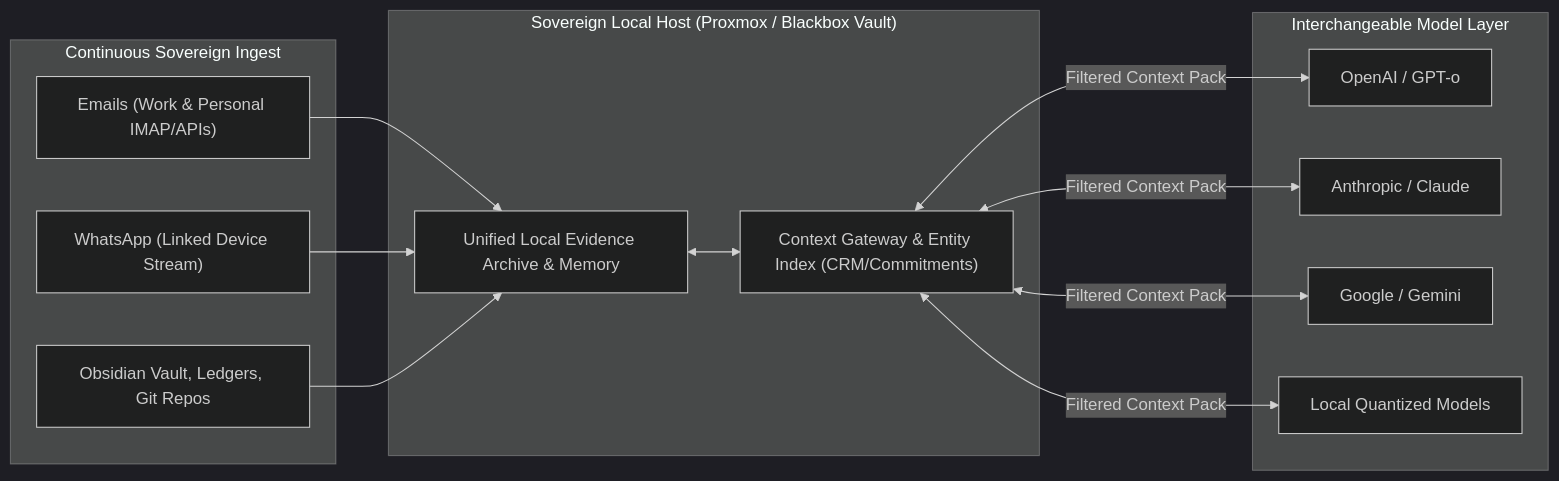
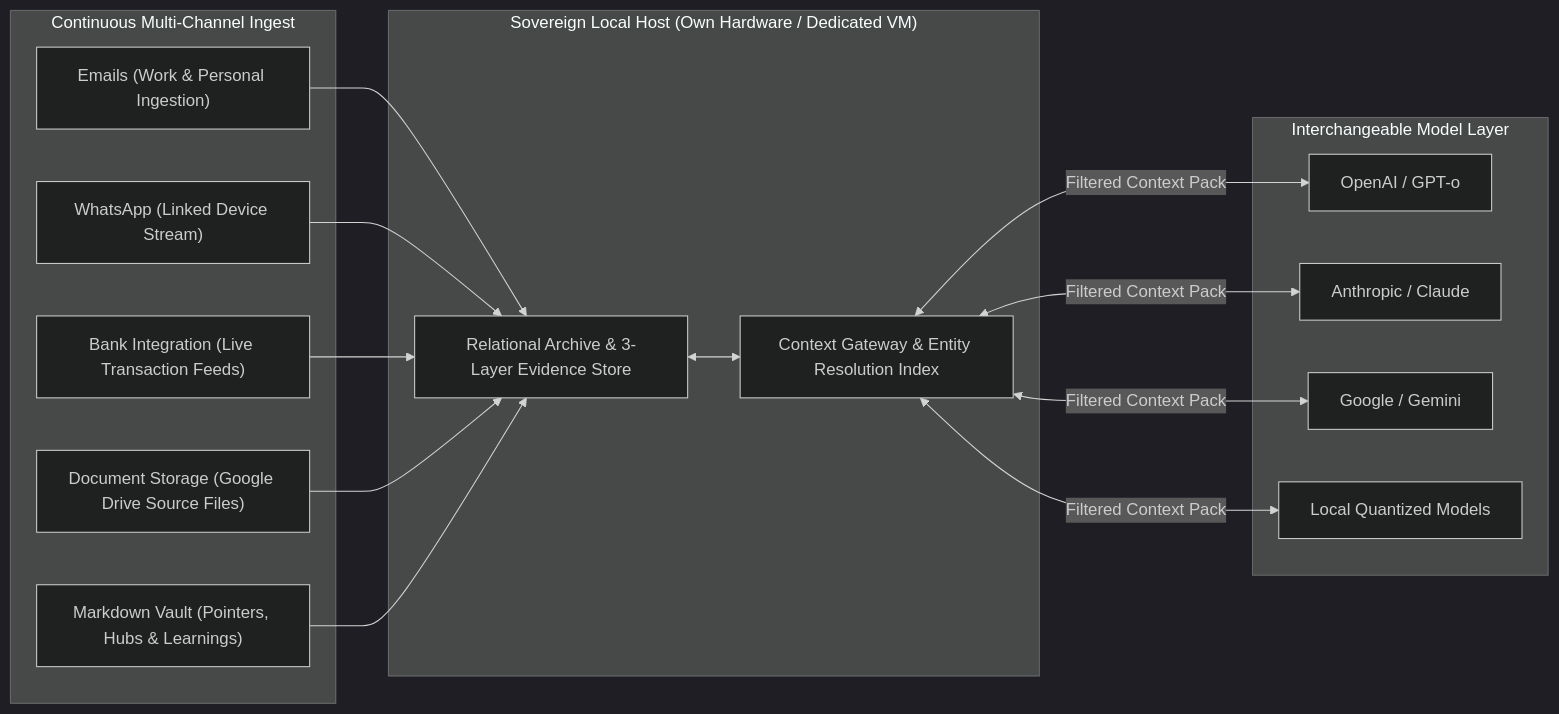
One commit to iniTwakkie/astro-portfolio changed the second of 2 diagrams in src/content/blog/2026_09_the_coming_inference_wars.md. Above: the diagram before and after it, drawn with Mermaid (dark theme). The commit also changed other lines of this file, not shown here.

Commit message:
Update post: Add 3-layer architecture (Vault, Drive, Postgres), banking integration, codebase pointers and own hardware

````diff
--- a/src/content/blog/2026_09_the_coming_inference_wars.md
+++ b/src/content/blog/2026_09_the_coming_inference_wars.md
@@ -96,30 +121,34 @@
 ```mermaid
 flowchart LR
-    subgraph Ingestion["Continuous Sovereign Ingest"]
-        EM["Emails (Work & Personal IMAP/APIs)"]
+    subgraph Ingestion["Continuous Multi-Channel Ingest"]
+        EM["Emails (Work & Personal Ingestion)"]
         WA["WhatsApp (Linked Device Stream)"]
-        FS["Obsidian Vault, Ledgers, Git Repos"]
+        BK["Bank Integration (Live Transaction Feeds)"]
+        DOC["Document Storage (Google Drive Source Files)"]
+        FS["Markdown Vault (Pointers, Hubs & Learnings)"]
     end
 
-    subgraph Sovereign["Sovereign Local Host (Proxmox / Blackbox Vault)"]
-        Data["Unified Local Evidence Archive & Memory"]
-        GW["Context Gateway & Entity Index (CRM/Commitments)"]
+    subgraph Sovereign["Sovereign Local Host (Own Hardware / Dedicated VM)"]
+        Data["Relational Archive & 3-Layer Evidence Store"]
+        GW["Context Gateway & Entity Resolution Index"]
         Data <--> GW
     end
 
     subgraph Interchangeable["Interchangeable Model Layer"]
         OAI["OpenAI / GPT-o"]
         ANT["Anthropic / Claude"]
         GOO["Google / Gemini"]
         LOC["Local Quantized Models"]
     end
     
     EM --> Data
     WA --> Data
+    BK --> Data
+    DOC --> Data
     FS --> Data
 
     GW <-->|Filtered Context Pack| OAI
     GW <-->|Filtered Context Pack| ANT
     GW <-->|Filtered Context Pack| GOO
     GW <-->|Filtered Context Pack| LOC
 ```
````
